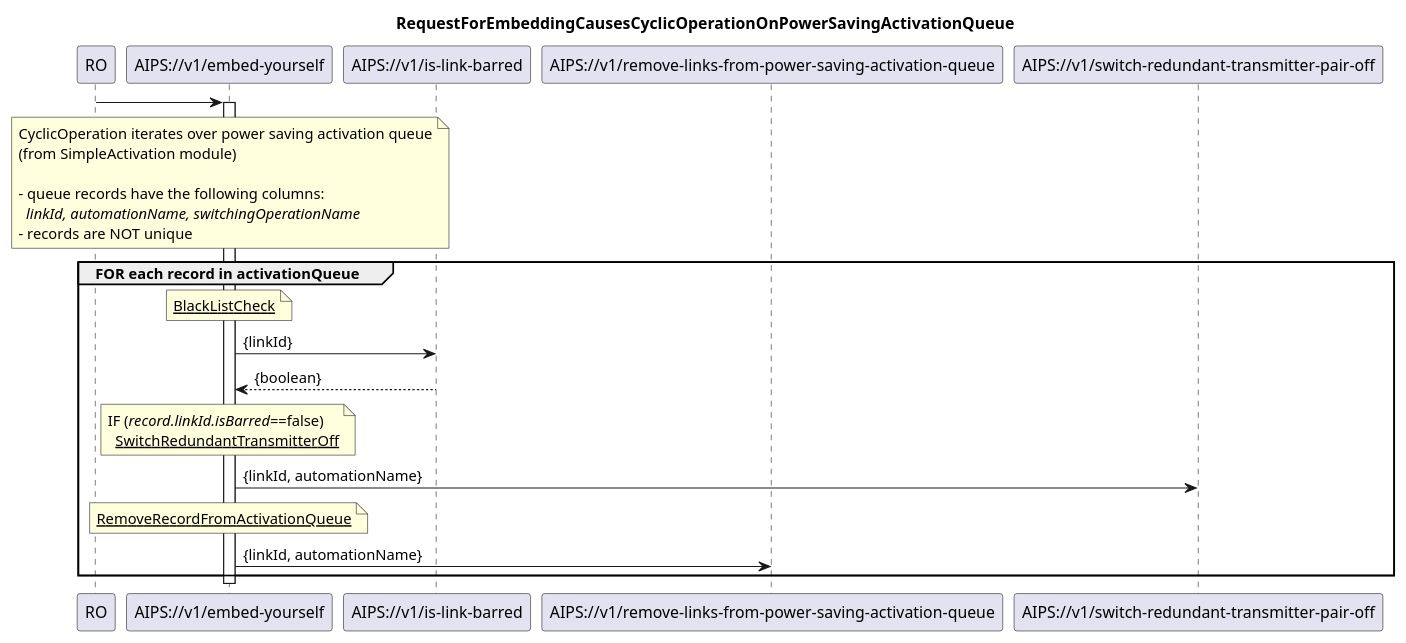
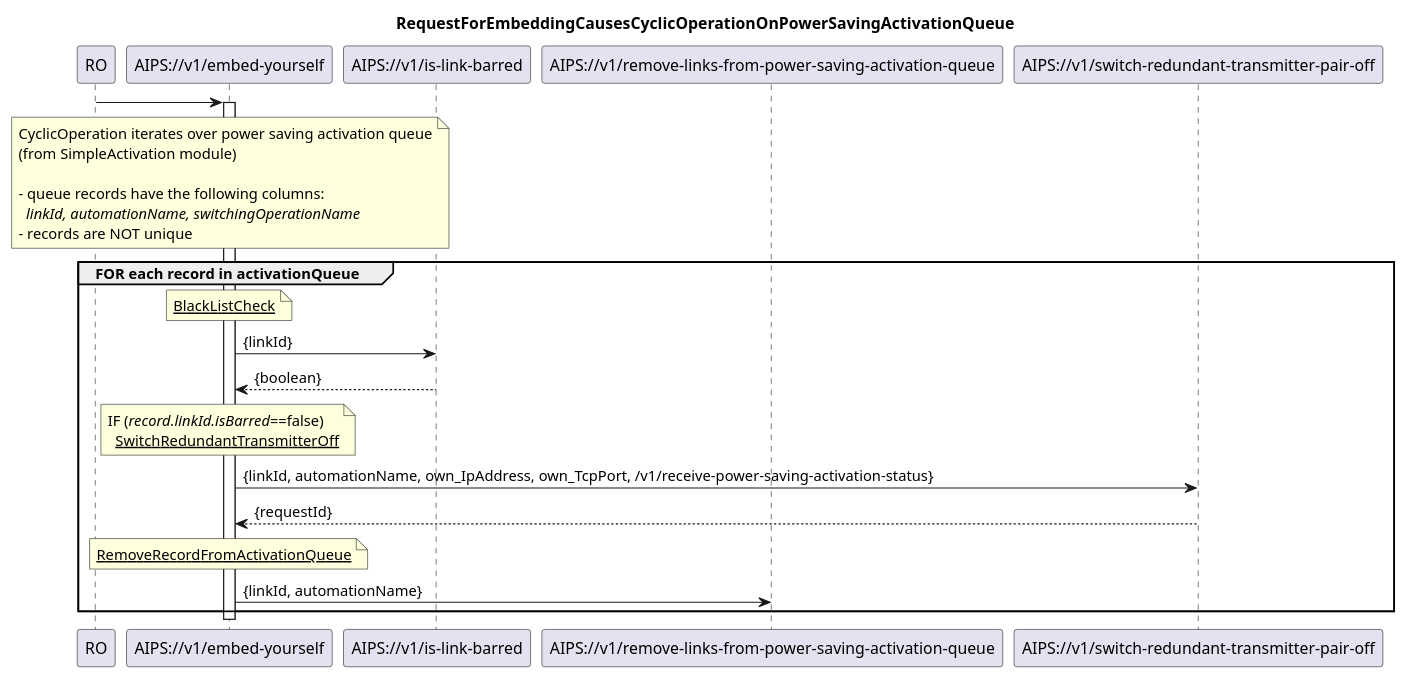
One commit to openBackhaul/AirInterfacePowerSaver changed the diagram in spec/diagrams/04_LinkGroupRelatedSwitchingOperation/4xx_cyclicOperationOnPowerSavingActivationQueue.plantuml. Above: the diagram before and after it, drawn with PlantUML. The commit also changed 2 other files, not shown here.

```diff
--- a/spec/diagrams/04_LinkGroupRelatedSwitchingOperation/4xx_cyclicOperationOnPowerSavingActivationQueue.plantuml
+++ b/spec/diagrams/04_LinkGroupRelatedSwitchingOperation/4xx_cyclicOperationOnPowerSavingActivationQueue.plantuml
@@ -1,57 +1,57 @@
 @startuml 4xx_cyclicOperationOnPowerSavingActivationQueue
 skinparam responseMessageBelowArrow true
 
 title
 RequestForEmbeddingCausesCyclicOperationOnPowerSavingActivationQueue
 end title
 
 participant "RO" as ro
 participant "AIPS://v1/embed-yourself" as embedYourself
 participant "AIPS://v1/is-link-barred" as isLinkBarred
 participant "AIPS://v1/remove-links-from-power-saving-activation-queue" as removeFromQueue
 participant "AIPS://v1/switch-redundant-transmitter-pair-off" as redundantTransmittersOff
 
 
 ro -> embedYourself
 
 'cyclic operation starts
 note over embedYourself
   CyclicOperation iterates over power saving activation queue
   (from SimpleActivation module)
 
   - queue records have the following columns:
     <i>linkId, automationName, switchingOperationName</i>
   - records are NOT unique
 end note
 
 activate embedYourself
 
 'iterate over queue
 group FOR each record in activationQueue
   ' get the blackList status for the link
   note over embedYourself
       <u>BlackListCheck</u>
   end note
   embedYourself -> isLinkBarred: {linkId}
   isLinkBarred --> embedYourself: {boolean}
 
 
   'if link is not in blackList
   note over embedYourself
     IF (<i>record.linkId.isBarred</i>==false)
       <u>SwitchRedundantTransmitterOff</u>
   end note
-  embedYourself -> redundantTransmittersOff: {linkId, automationName}
-
+  embedYourself -> redundantTransmittersOff: {linkId, automationName, own_IpAddress, own_TcpPort, /v1/receive-power-saving-activation-status}
+  redundantTransmittersOff --> embedYourself: {requestId}
 
   'remove from the activationQueue anyway (i.e. if link is in blackList or not)
   note over embedYourself
     <u>RemoveRecordFromActivationQueue</u>
   end note
   embedYourself -> removeFromQueue: {linkId, automationName}
 
 end
 
 deactivate embedYourself
 
 @enduml
```
